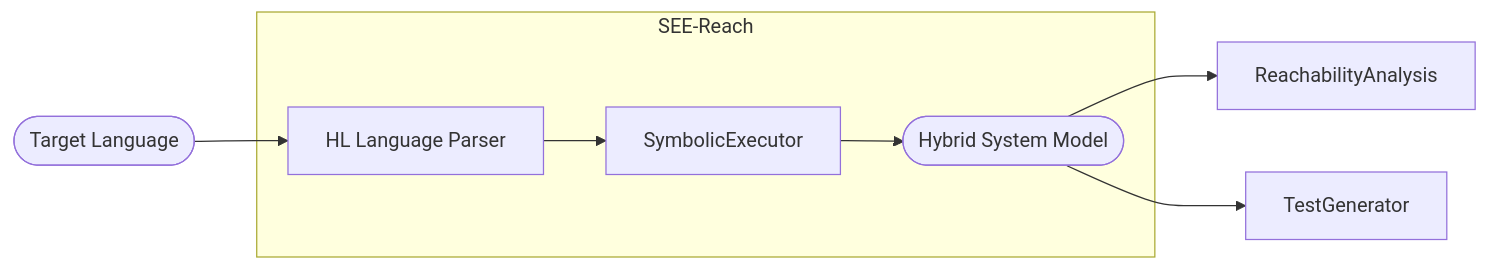
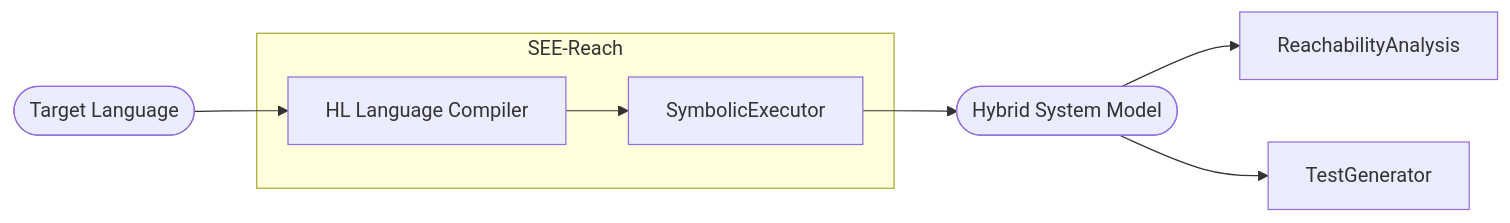
One commit to EthanJamesLew/SEE-Reach-py changed the diagram in README.md. Above: the diagram before and after it, drawn with Mermaid. The commit also changed other lines of this file, not shown here.

Commit message:
update architecture diagram

````diff
--- a/README.md
+++ b/README.md
@@ -3,13 +3,12 @@
 ```mermaid
 graph LR
-    InputFile([Target Language]) --> Parser[HL Language Parser]
-    Parser --> SymbolicExecutor
+    InputFile([Target Language]) --> Compiler[HL Language Compiler]
+    Compiler --> SymbolicExecutor
     SymbolicExecutor --> HybridSystemModel([Hybrid System Model])
     HybridSystemModel --> ReachabilityAnalysis
     HybridSystemModel --> TestGenerator
        subgraph "SEE-Reach"
-        Parser
+        Compiler
         SymbolicExecutor
-        HybridSystemModel
     end
 ```
````
